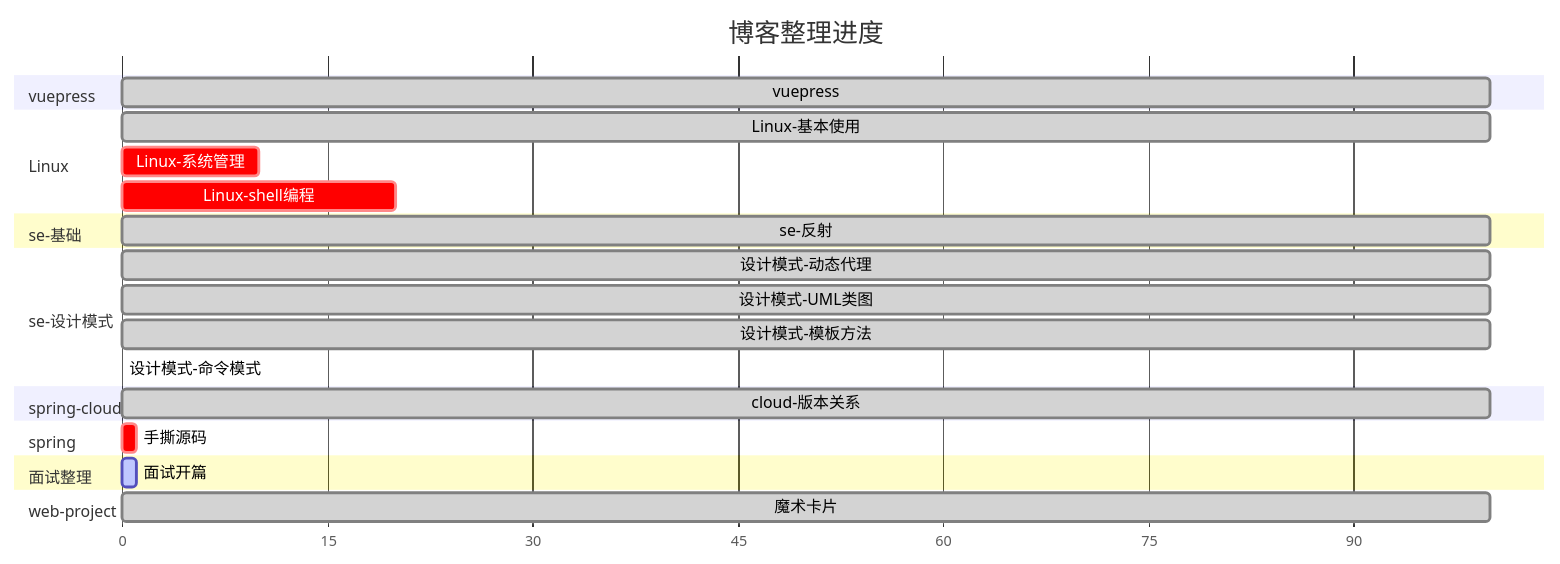
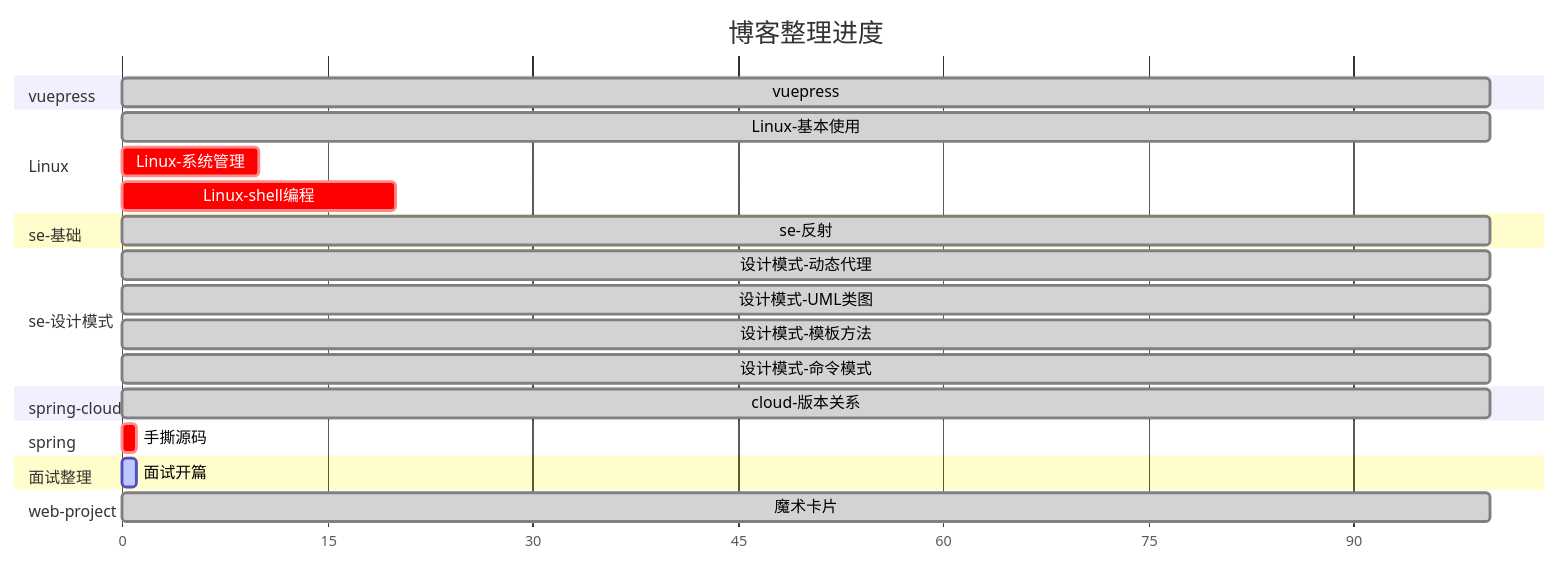
Before and after one commit to zs-mcu/docs: the diagram in docs/README.md, drawn with Mermaid. The commit also changed other lines of this file and 3 other files, not shown here.

````diff
--- a/docs/README.md
+++ b/docs/README.md
@@ -30,30 +30,27 @@
 ```mermaid
 gantt
   title 博客整理进度
   dateFormat X
   axisFormat %s
   section vuepress
   vuepress        : done,0,100
   section Linux
   Linux-基本使用    : done,0,100
   Linux-系统管理    : crit,0,10
   Linux-shell编程   : crit,0,20
   section se-基础
   se-反射           :  done,0, 100
-
   section se-设计模式
   设计模式-动态代理   : done,0, 100
   设计模式-UML类图   : done,0,100
   设计模式-模板方法   : done,0,100
-  设计模式-命令模式   : crit,0,0
-
-
+  设计模式-命令模式   : done,0,100
   section spring-cloud
   cloud-版本关系    : done,0, 100
   section spring
   手撕源码          : crit,0, 1
   section 面试整理
   面试开篇          : active,0, 1
   section web-project
   魔术卡片          : done,0,100
 ```
````
